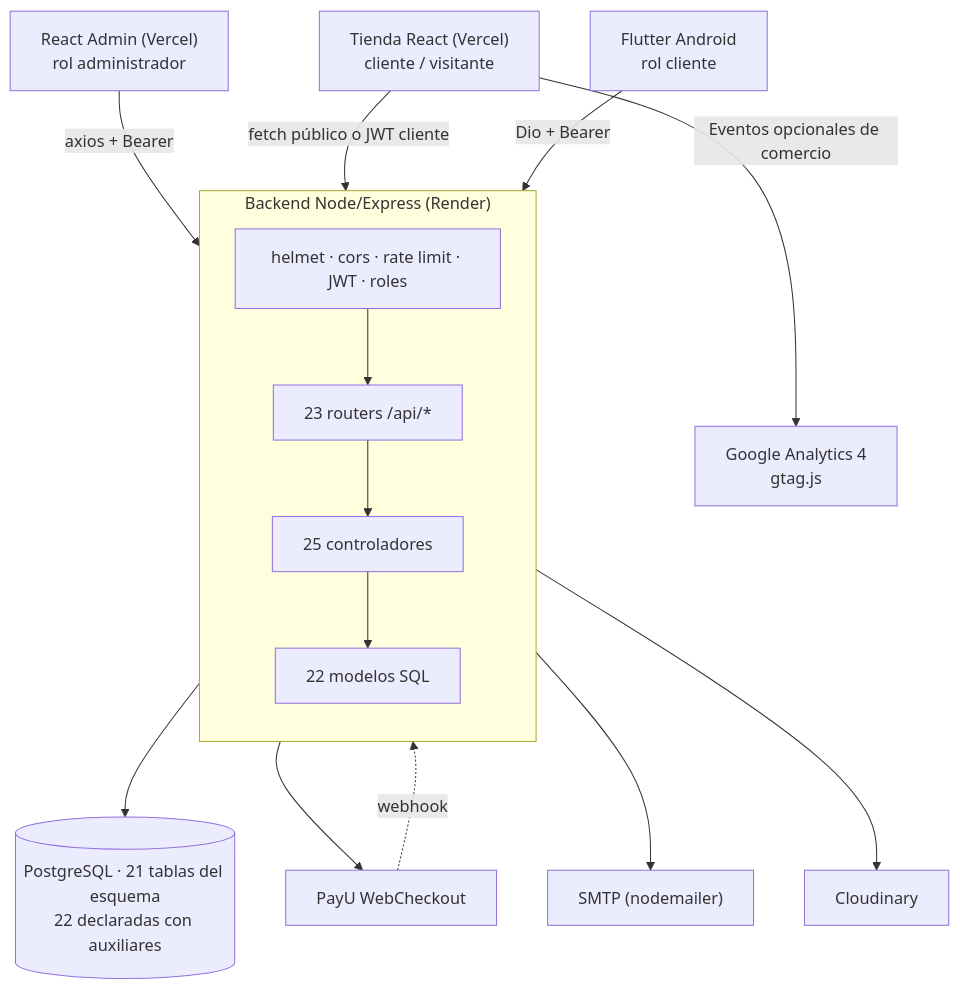
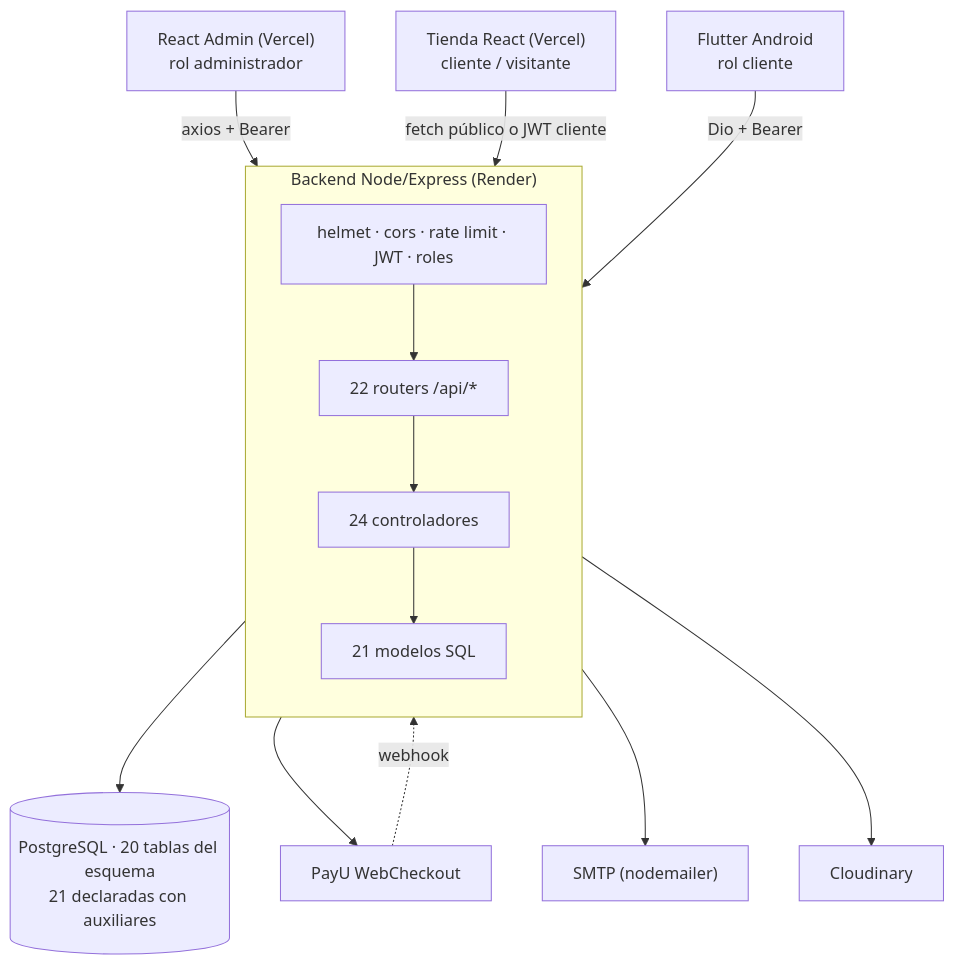
Before and after one commit to jimenezvegaedinson7-dot/librer-a: the diagram in docs/architecture/graphs/general-architecture.mmd, drawn with Mermaid. The commit also changed 68 other files, not shown here.

```diff
--- a/docs/architecture/graphs/general-architecture.mmd
+++ b/docs/architecture/graphs/general-architecture.mmd
@@ -1,21 +1,21 @@
 %% Generado 2026-11-21 desde el código real (actualizar-mapa.mjs)
 flowchart TB
-    DB[("PostgreSQL · 21 tablas del esquema<br/>22 declaradas con auxiliares")]
+    DB[("PostgreSQL · 20 tablas del esquema<br/>21 declaradas con auxiliares")]
     subgraph API["Backend Node/Express (Render)"]
         direction TB
         MW["helmet · cors · rate limit · JWT · roles"]
-        R["23 routers /api/*"]
-        C["25 controladores"]
-        M["22 modelos SQL"]
+        R["22 routers /api/*"]
+        C["24 controladores"]
+        M["21 modelos SQL"]
         MW --> R --> C --> M
     end
     M --> DB
     EXT1["PayU WebCheckout"]
     EXT2["SMTP (nodemailer)"]
     EXT3["Cloudinary"]
     C --> EXT1 & EXT2 & EXT3
     EXT1 -. webhook .-> R
     REACT["React Admin (Vercel)<br/>rol administrador"] -->|"axios + Bearer"| MW
     TIENDA["Tienda React (Vercel)<br/>cliente / visitante"] -->|"fetch público o JWT cliente"| MW
-    TIENDA -->|"Eventos opcionales de comercio"| GA4["Google Analytics 4<br/>gtag.js"]
+
     FLUTTER["Flutter Android<br/>rol cliente"] -->|"Dio + Bearer"| MW
```
